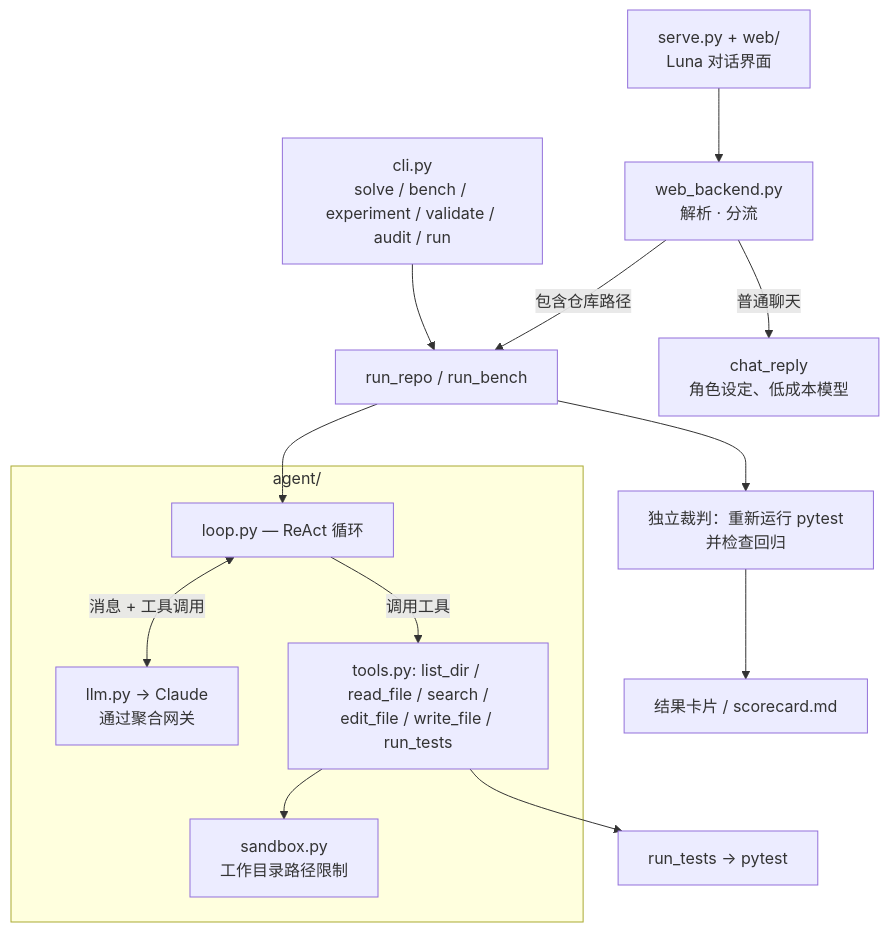
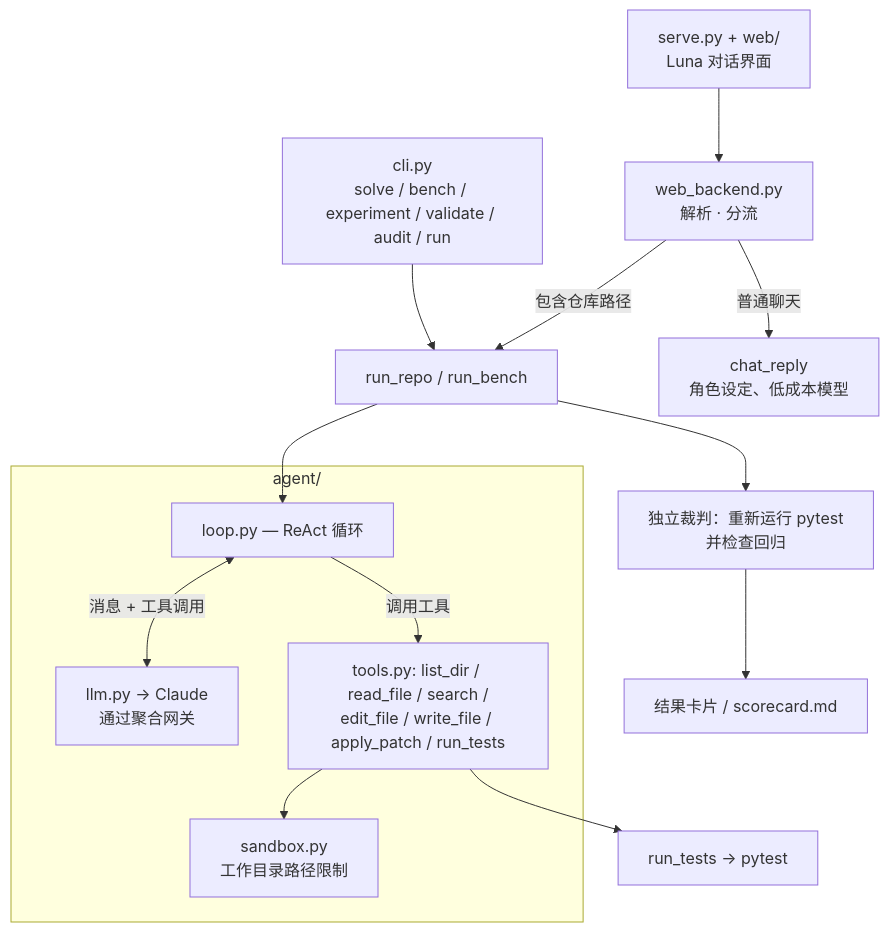
Before and after one commit to Tsukishiro-Hitomi/Luna: the second of 2 diagrams in README.md, drawn with Mermaid. The commit also changed other lines of this file and 3 other files, not shown here.

````diff
--- a/README.md
+++ b/README.md
@@ -360,17 +361,17 @@
 ```mermaid
 flowchart TD
     cli["cli.py<br/>solve / bench / experiment / validate / audit / run"]
     web["serve.py + web/<br/>Luna 对话界面"] --> backend["web_backend.py<br/>解析 · 分流"]
     backend -->|包含仓库路径| repo
     backend -->|普通聊天| chat["chat_reply<br/>角色设定、低成本模型"]
     cli --> repo["run_repo / run_bench"]
     repo --> loop
     subgraph agent["agent/"]
       loop["loop.py — ReAct 循环"] <-->|消息 + 工具调用| llm["llm.py → Claude<br/>通过聚合网关"]
-      loop -->|调用工具| tools["tools.py: list_dir / read_file / search /<br/>edit_file / write_file / run_tests"]
+      loop -->|调用工具| tools["tools.py: list_dir / read_file / search /<br/>edit_file / write_file / apply_patch / run_tests"]
       tools --> sandbox["sandbox.py<br/>工作目录路径限制"]
     end
     tools --> pytest["run_tests → pytest"]
     repo --> judge["独立裁判：重新运行 pytest<br/>并检查回归"]
     judge --> out["结果卡片 / scorecard.md"]
 ```
````
